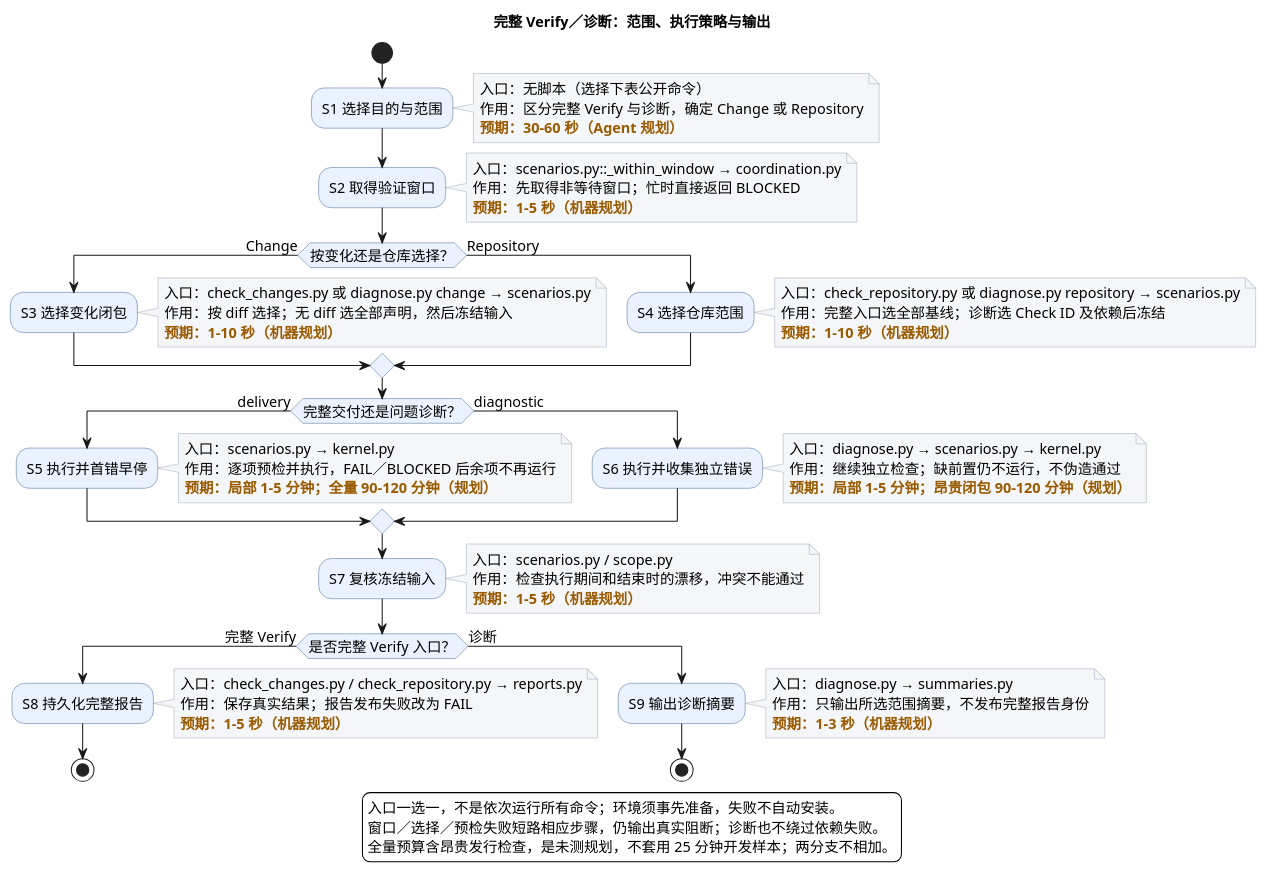
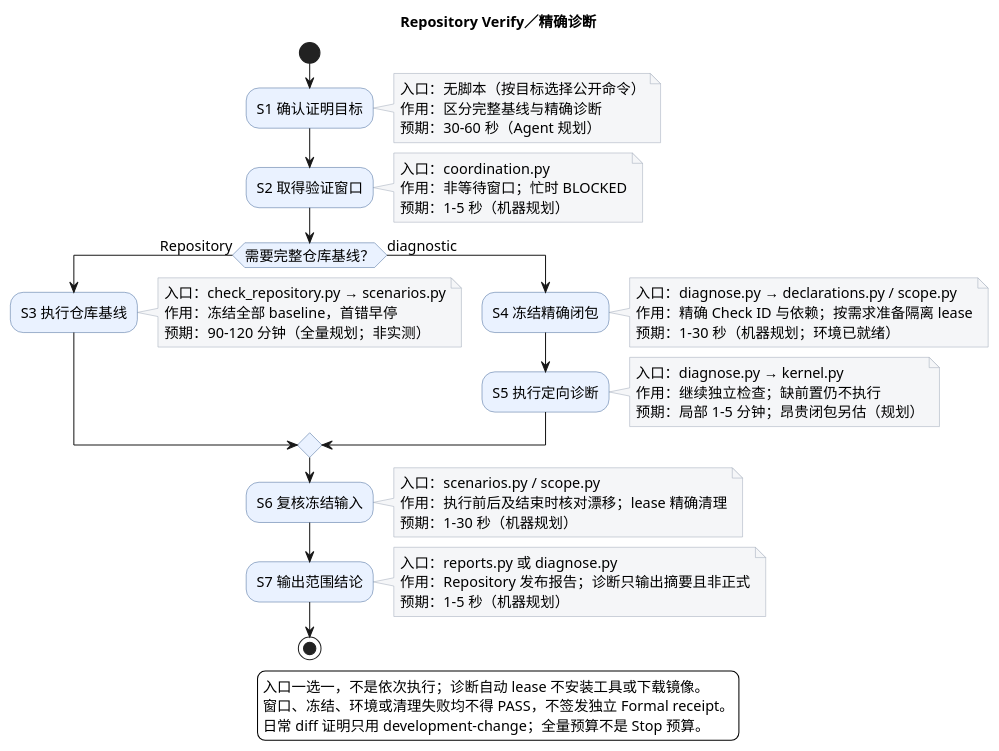
The diagram in docs/reference/verification.md (iampkuhz/lexiflow), drawn with PlantUML before and after one commit. The commit also changed other lines of this file and 493 other files, not shown here.

````diff
--- a/docs/reference/verification.md
+++ b/docs/reference/verification.md
@@ -18,77 +18,58 @@
 skinparam activityBorderColor #46699A
 skinparam noteBackgroundColor #F5F6F8
 skinparam noteBorderColor #A0AAB8
-title 完整 Verify／诊断：范围、执行策略与输出
+title Repository Verify／精确诊断
 start
-:S1 选择目的与范围;
+:S1 确认证明目标;
 note right
-入口：无脚本（选择下表公开命令）
-作用：区分完整 Verify 与诊断，确定 Change 或 Repository
-<color:#995A00><b>预期：30–60 秒（Agent 规划）</b></color>
+入口：无脚本（按目标选择公开命令）
+作用：区分完整基线与精确诊断
+预期：30–60 秒（Agent 规划）
 end note
 :S2 取得验证窗口;
 note right
-入口：scenarios.py::_within_window → coordination.py
-作用：先取得非等待窗口；忙时直接返回 BLOCKED
-<color:#995A00><b>预期：1–5 秒（机器规划）</b></color>
+入口：coordination.py
+作用：非等待窗口；忙时 BLOCKED
+预期：1–5 秒（机器规划）
 end note
-if (按变化还是仓库选择？) then (Change)
-:S3 选择变化闭包;
+if (需要完整仓库基线？) then (Repository)
+:S3 执行仓库基线;
 note right
-入口：check_changes.py 或 diagnose.py change → scenarios.py
-作用：按 diff 选择；无 diff 选全部声明，然后冻结输入
-<color:#995A00><b>预期：1–10 秒（机器规划）</b></color>
+入口：check_repository.py → scenarios.py
+作用：冻结全部 baseline，首错早停
+预期：90–120 分钟（全量规划；非实测）
 end note
-else (Repository)
-:S4 选择仓库范围;
+else (diagnostic)
+:S4 冻结精确闭包;
 note right
-入口：check_repository.py 或 diagnose.py repository → scenarios.py
-作用：完整入口选全部基线；诊断选 Check ID 及依赖后冻结
-<color:#995A00><b>预期：1–10 秒（机器规划）</b></color>
+入口：diagnose.py → declarations.py / scope.py
+作用：精确 Check ID 与依赖；按需求准备隔离 lease
+预期：1–30 秒（机器规划；环境已就绪）
+end note
+:S5 执行定向诊断;
+note right
+入口：diagnose.py → kernel.py
+作用：继续独立检查；缺前置仍不执行
+预期：局部 1–5 分钟；昂贵闭包另估（规划）
 end note
 endif
-if (完整交付还是问题诊断？) then (delivery)
-:S5 执行并首错早停;
-note right
-入口：scenarios.py → kernel.py
-作用：逐项预检并执行，FAIL／BLOCKED 后余项不再运行
-<color:#995A00><b>预期：局部 1–5 分钟；全量 90–120 分钟（规划）</b></color>
-end note
-else (diagnostic)
-:S6 执行并收集独立错误;
-note right
-入口：diagnose.py → scenarios.py → kernel.py
-作用：继续独立检查；缺前置仍不运行，不伪造通过
-<color:#995A00><b>预期：局部 1–5 分钟；昂贵闭包 90–120 分钟（规划）</b></color>
-end note
-endif
-:S7 复核冻结输入;
+:S6 复核冻结输入;
 note right
 入口：scenarios.py / scope.py
-作用：检查执行期间和结束时的漂移，冲突不能通过
-<color:#995A00><b>预期：1–5 秒（机器规划）</b></color>
+作用：执行前后及结束时核对漂移；lease 精确清理
+预期：1–30 秒（机器规划）
 end note
-if (是否完整 Verify 入口？) then (完整 Verify)
-:S8 持久化完整报告;
+:S7 输出范围结论;
 note right
-入口：check_changes.py / check_repository.py → reports.py
-作用：保存真实结果；报告发布失败改为 FAIL
-<color:#995A00><b>预期：1–5 秒（机器规划）</b></color>
+入口：reports.py 或 diagnose.py
+作用：Repository 发布报告；诊断只输出摘要且非正式
+预期：1–5 秒（机器规划）
 end note
 stop
-else (诊断)
-:S9 输出诊断摘要;
-note right
-入口：diagnose.py → summaries.py
-作用：只输出所选范围摘要，不发布完整报告身份
-<color:#995A00><b>预期：1–3 秒（机器规划）</b></color>
-end note
-stop
-endif
 legend bottom
-入口一选一，不是依次运行所有命令；环境须事先准备，失败不自动安装。
-窗口／选择／预检失败短路相应步骤，仍输出真实阻断；诊断也不绕过依赖失败。
-全量预算含昂贵发行检查，是未测规划，不套用 25 分钟开发样本；两分支不相加。
+入口一选一，不是依次执行；诊断自动 lease 不安装工具或下载镜像。
+窗口、冻结、环境或清理失败均不得 PASS，不签发独立 Formal receipt。
+日常 diff 证明只用 development-change；全量预算不是 Stop 预算。
 endlegend
 @enduml
 ```
````
